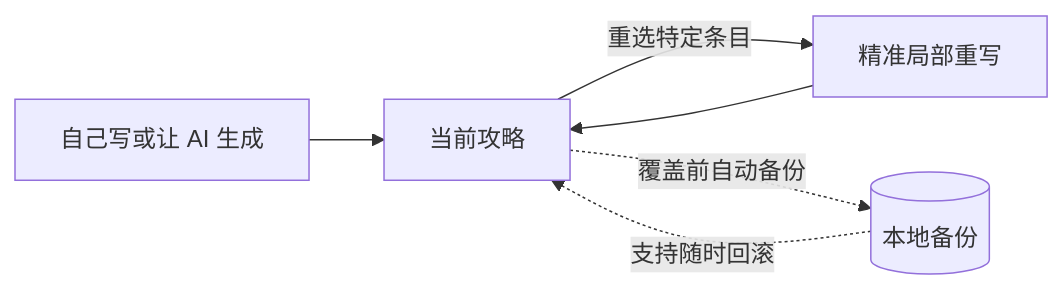
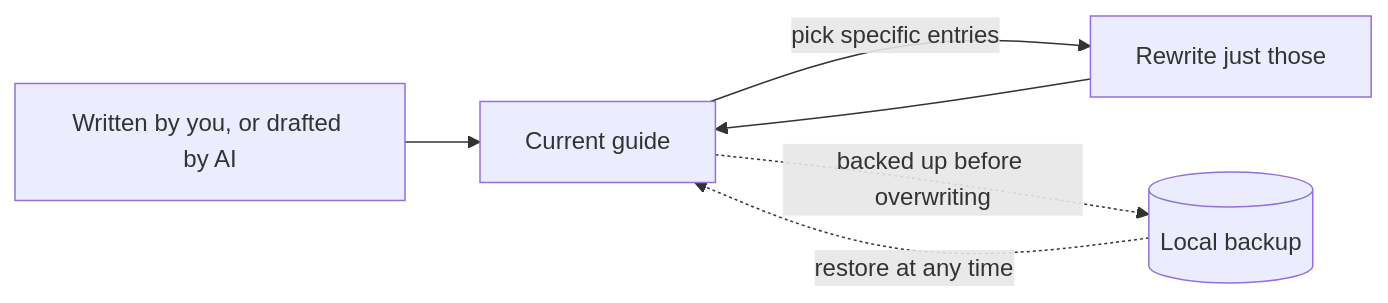
Before and after one commit to LethalKebab/steam-achievement-tracker: the second of 2 diagrams in README.md, drawn with Mermaid. The commit also changed other lines of this file and 4 other files, not shown here.

````diff
--- a/README.md
+++ b/README.md
@@ -44,8 +46,8 @@
 ```mermaid
 graph LR
-    A["自己写或让 AI 生成"] --> B["当前攻略"]
-    B -->|"重选特定条目"| C["精准局部重写"]
+    A["Written by you, or drafted by AI"] --> B["Current guide"]
+    B -->|"pick specific entries"| C["Rewrite just those"]
     C --> B
-    B -.->|"覆盖前自动备份"| D[("本地备份")]
-    D -.->|"支持随时回滚"| B
+    B -.->|"backed up before overwriting"| D[("Local backup")]
+    D -.->|"restore at any time"| B
 ```
````
